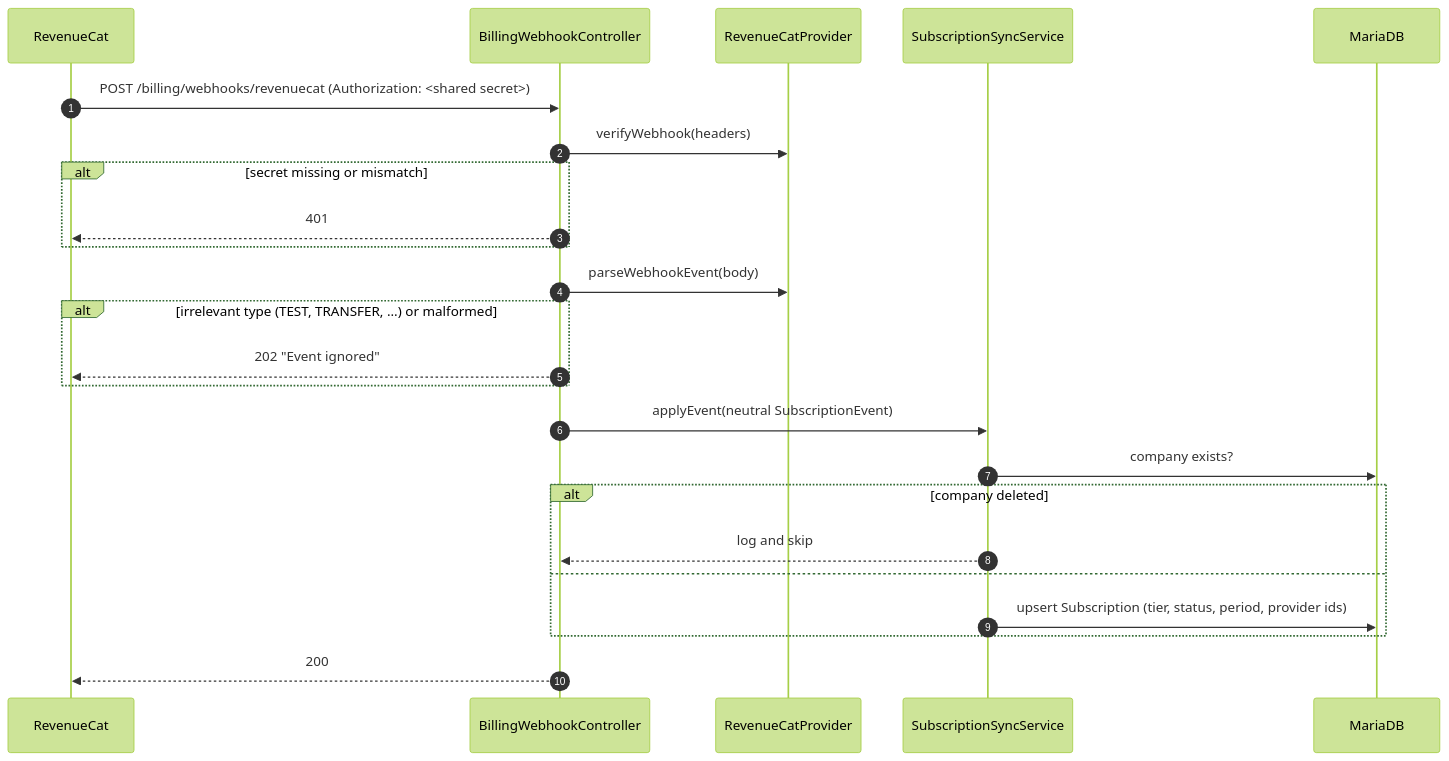
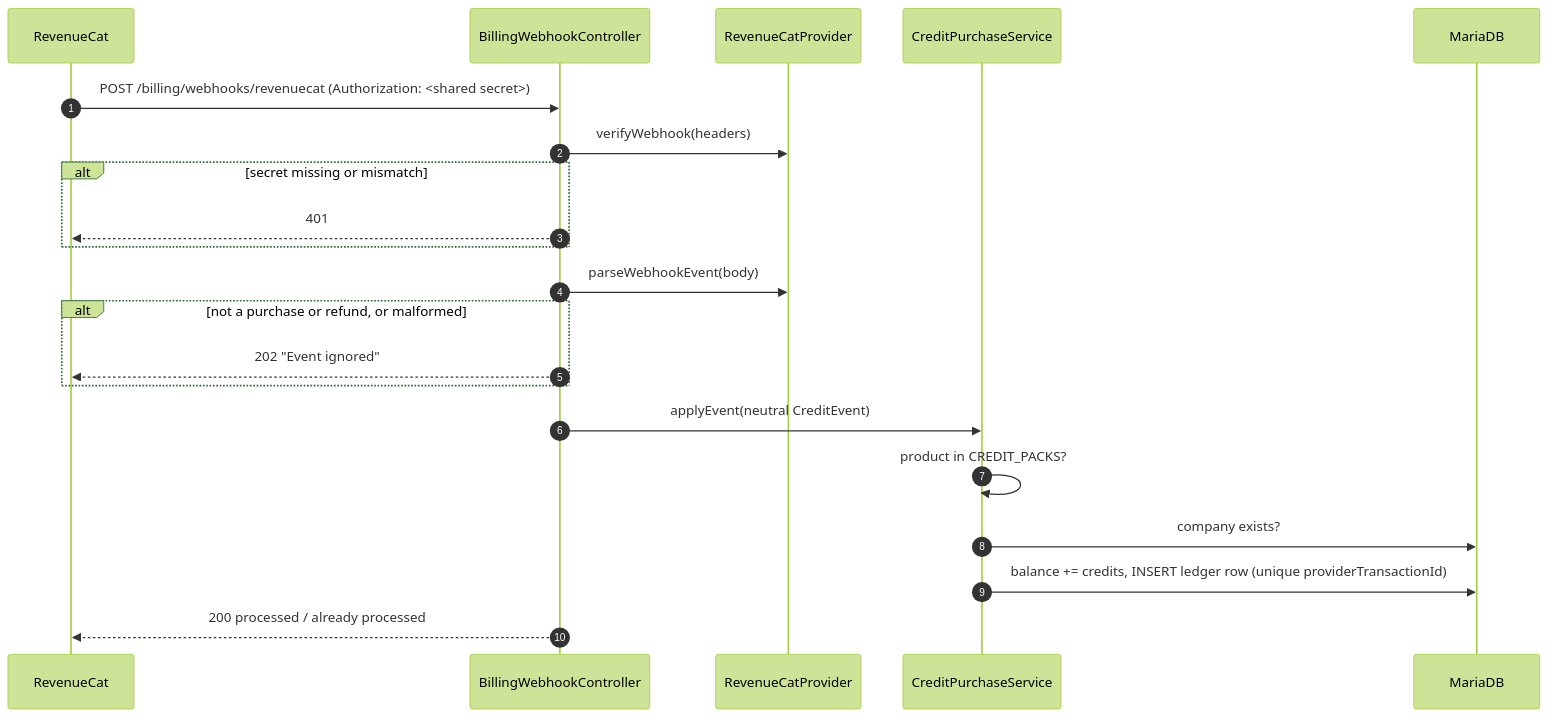
Before and after one commit to Santaval/delivo-api: the second of 2 diagrams in docs/billing.md, drawn with Mermaid (forest theme). The commit also changed other lines of this file and 34 other files, not shown here.

First line of the commit message:
refactor(billing): remove subscription and plan-limit code, rewrite billing docs for credits

````diff
--- a/docs/billing.md
+++ b/docs/billing.md
@@ -99,27 +99,24 @@
 ```mermaid
 sequenceDiagram
     autonumber
     participant RC as RevenueCat
     participant WH as BillingWebhookController
     participant P as RevenueCatProvider
-    participant S as SubscriptionSyncService
+    participant S as CreditPurchaseService
     participant DB as MariaDB
 
     RC->>WH: POST /billing/webhooks/revenuecat (Authorization: <shared secret>)
     WH->>P: verifyWebhook(headers)
     alt secret missing or mismatch
       WH-->>RC: 401
     end
     WH->>P: parseWebhookEvent(body)
-    alt irrelevant type (TEST, TRANSFER, ...) or malformed
+    alt not a purchase or refund, or malformed
       WH-->>RC: 202 "Event ignored"
     end
-    WH->>S: applyEvent(neutral SubscriptionEvent)
+    WH->>S: applyEvent(neutral CreditEvent)
+    S->>S: product in CREDIT_PACKS?
     S->>DB: company exists?
-    alt company deleted
-      S-->>WH: log and skip
-    else
-      S->>DB: upsert Subscription (tier, status, period, provider ids)
-    end
-    WH-->>RC: 200
+    S->>DB: balance += credits, INSERT ledger row (unique providerTransactionId)
+    WH-->>RC: 200 processed / already processed
 ```
````
